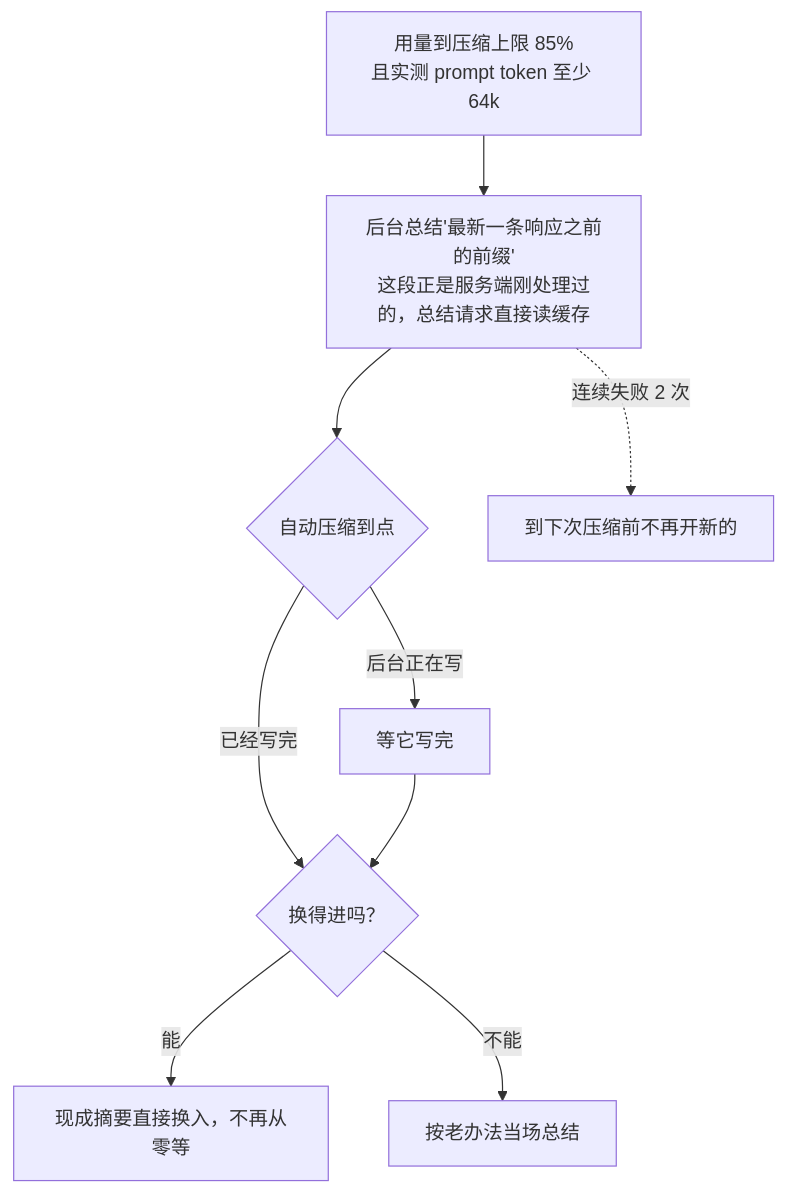
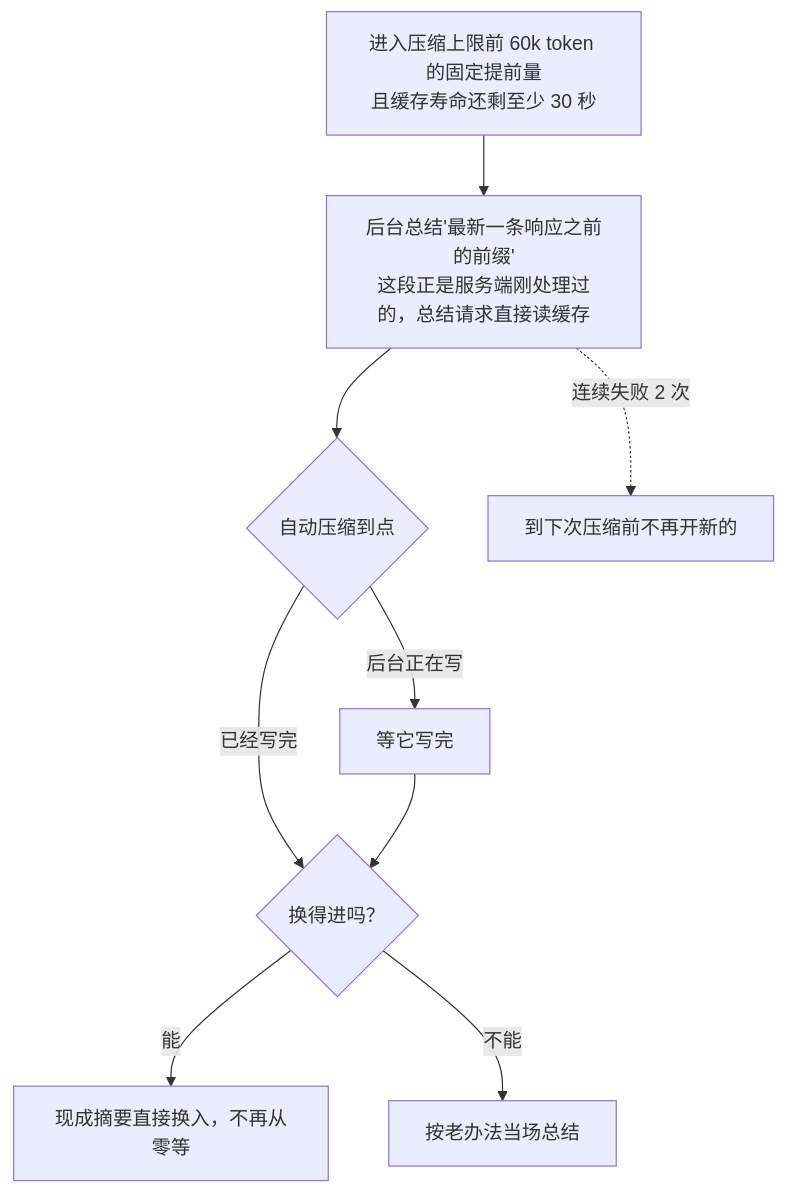
One commit to zachysun/awesome-agents-notes changed the seventh of 13 diagrams in notes/opencode.md. Above: the diagram before and after it, drawn with Mermaid. The commit also changed other lines of this file and 5 other files, not shown here.

Commit message:
docs: 2026-11-05 每日增量维护——codex 技能文件访问 trait/弹性 budget 接线/缓存 TTL、hermes 终端内联图像/Bot Mode 契约 v3/dashboard CSRF 防线、openclaw Workshop 迁移收尾/只读备库/402 分类、opencode 压缩固定提前量/部件行存储/MCP 连接共享、pi 成组提交下探两层/worker 基线代码、deepseek-harness 命名体系修正与 PTC 限额/协作取消/失败回合续跑

````diff
--- a/notes/opencode.md
+++ b/notes/opencode.md
@@ -234,11 +234,11 @@
 ```mermaid
 flowchart TD
-    A["用量到压缩上限 85%<br/>且实测 prompt token 至少 64k"] --> B["后台总结'最新一条响应之前的前缀'<br/>这段正是服务端刚处理过的，总结请求直接读缓存"]
+    A["进入压缩上限前 60k token 的固定提前量<br/>且缓存寿命还剩至少 30 秒"] --> B["后台总结'最新一条响应之前的前缀'<br/>这段正是服务端刚处理过的，总结请求直接读缓存"]
     B --> C{"自动压缩到点"}
     C -->|"后台正在写"| D["等它写完"]
     C -->|"已经写完"| E{"换得进吗？"}
     D --> E
     E -->|"能"| F["现成摘要直接换入，不再从零等"]
     E -->|"不能"| G["按老办法当场总结"]
     B -.->|"连续失败 2 次"| H["到下次压缩前不再开新的"]
 ```
````
